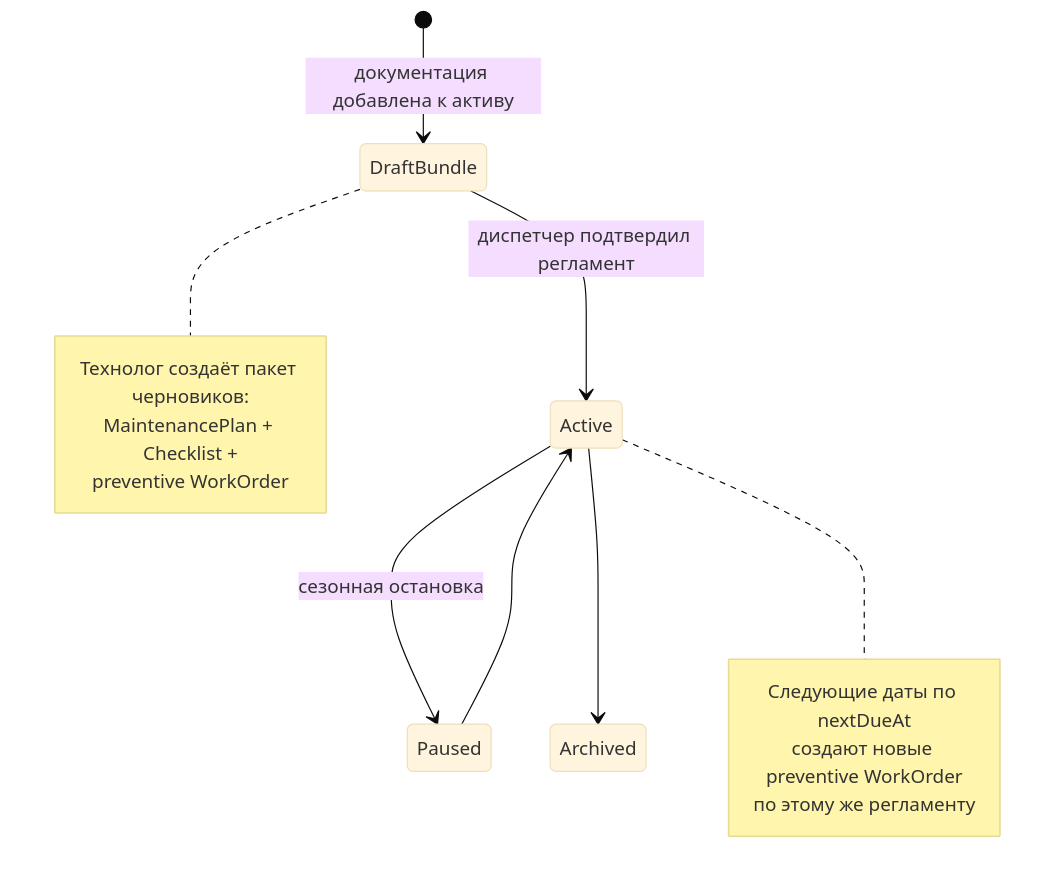
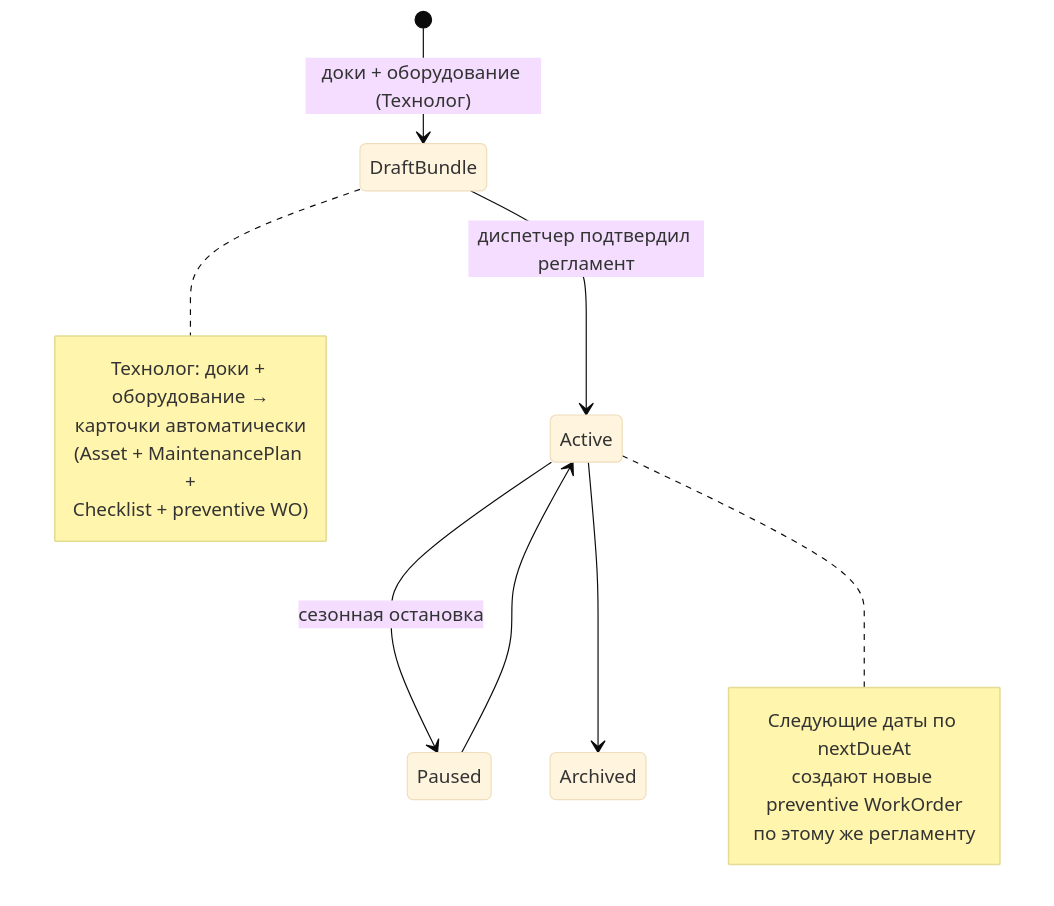
The fifth of 12 diagrams in TOIR_AI_SYSTEM_DESIGN.md (masterdoc-app/masterdoc), drawn with Mermaid (base theme) before and after one commit. The commit also changed other lines of this file and 1 other file, not shown here.

````diff
--- a/TOIR_AI_SYSTEM_DESIGN.md
+++ b/TOIR_AI_SYSTEM_DESIGN.md
@@ -313,18 +314,19 @@
 ```mermaid
 stateDiagram-v2
-  [*] --> DraftBundle: документация добавлена к активу
+  [*] --> DraftBundle: доки + оборудование (Технолог)
   DraftBundle --> Active: диспетчер подтвердил регламент
   Active --> Paused: сезонная остановка
   Paused --> Active
   Active --> Archived
   note right of DraftBundle
-    Технолог создаёт пакет черновиков:
-    MaintenancePlan + Checklist +
-    preventive WorkOrder
+    Технолог: доки + оборудование →
+    карточки автоматически
+    (Asset + MaintenancePlan +
+    Checklist + preventive WO)
   end note
   note right of Active
     Следующие даты по nextDueAt
     создают новые preventive WorkOrder
     по этому же регламенту
   end note
 ```
````
